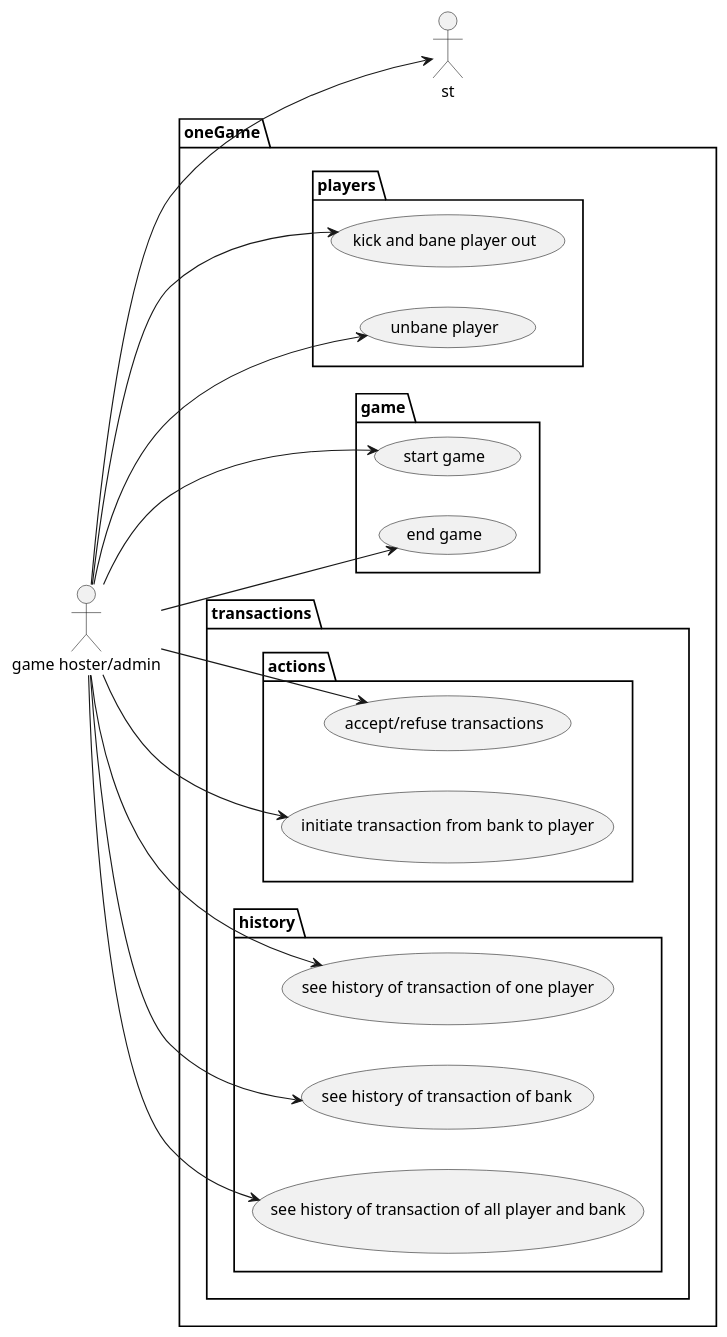
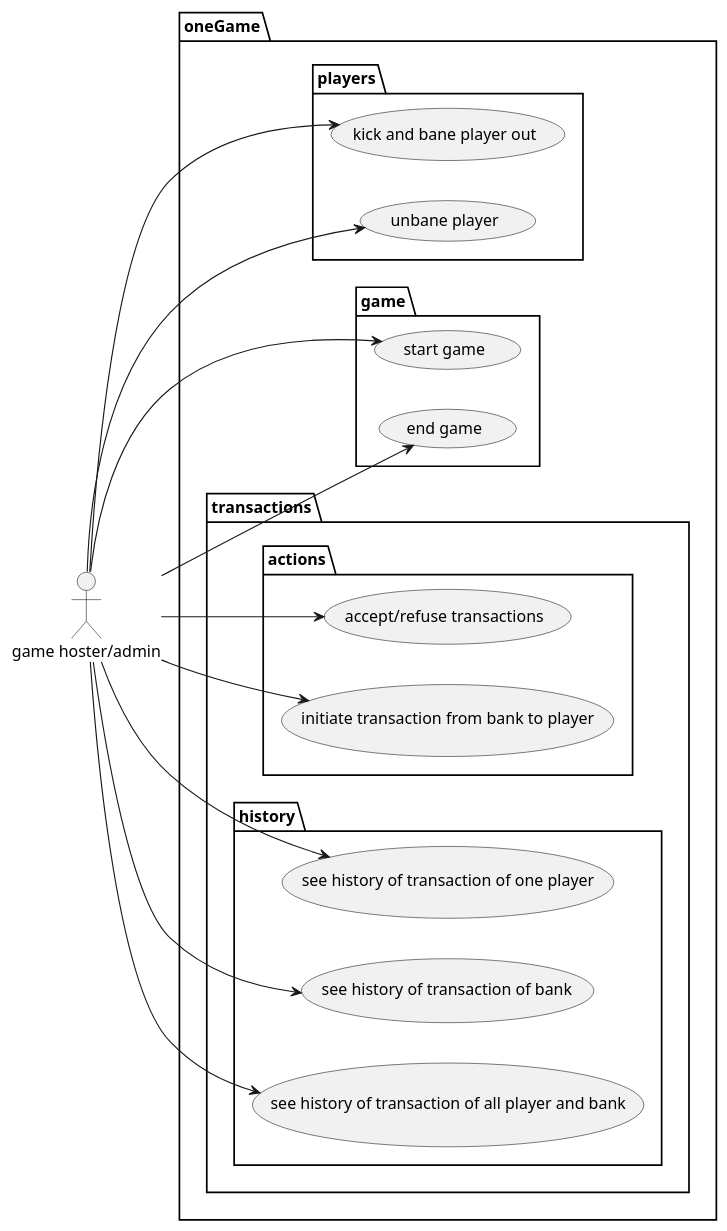
One commit to monoploy-game/design changed the diagram in UCDs/host_UCD.wsd. Above: the diagram before and after it, drawn with PlantUML.

Commit message:
fixed host ucd

```diff
--- a/UCDs/host_UCD.wsd
+++ b/UCDs/host_UCD.wsd
@@ -1,48 +1,47 @@
 @startuml "Monopoly admin usecase diagram"
 
 left to right direction
 skinparam style strictuml
 
 actor "game hoster/admin" as ad
 
 package oneGame {
 
     package players {
         usecase "kick and bane player out" as kp
 	usecase "unbane player" as ubp
     }
 
     package game {
         usecase "start game" as strtg
         usecase "end game" as eg
     }
 
     package transactions {
         package actions {
             usecase "accept/refuse transactions" as at
             usecase "initiate transaction from bank to player" as itgp
         }
         package history {
             usecase "see history of transaction of one player" as seeplrtr
             usecase "see history of transaction of bank" as seebnktr
             usecase "see history of transaction of all player and bank" as seealltr
         }
     }
 }
 
 ad --> kp
 ad --> ubp
 
 ad --> strtg
 ad --> eg
 
-ad --> st
 ad --> at
 ad --> itgp
 
 ad --> seeplrtr
 ad --> seebnktr
 
 ad --> seealltr
 
 @enduml
```
